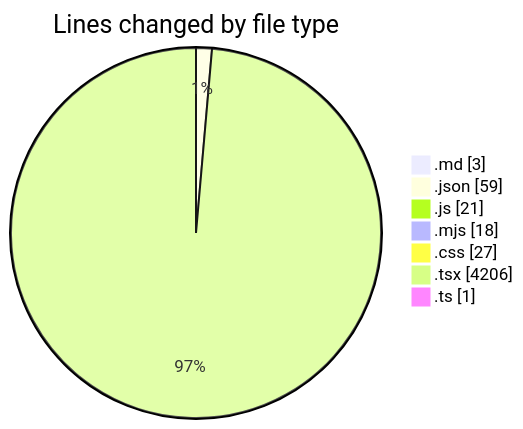
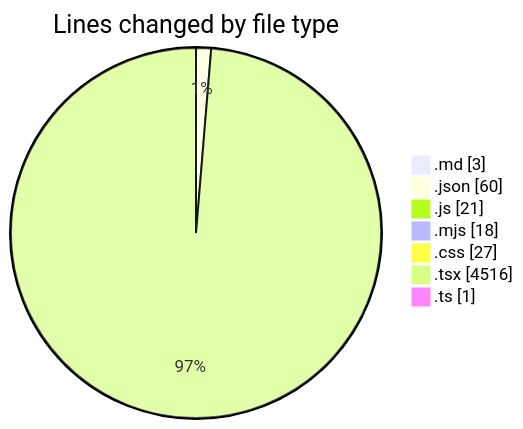
One commit to Ritupan-Deka/code-tracking changed the first of 2 diagrams in 2025-06-18/scopesketch-app/README.md. Above: the diagram before and after it, drawn with Mermaid. The commit also changed other lines of this file and 1 other file, not shown here.

````diff
--- a/2025-06-18/scopesketch-app/README.md
+++ b/2025-06-18/scopesketch-app/README.md
@@ -30,11 +31,11 @@
 ```mermaid
 pie showData
 title Lines changed by file type
 ".md" : 3
-".json" : 59
+".json" : 60
 ".js" : 21
 ".mjs" : 18
 ".css" : 27
-".tsx" : 4206
+".tsx" : 4516
 ".ts" : 1
 ```
````
